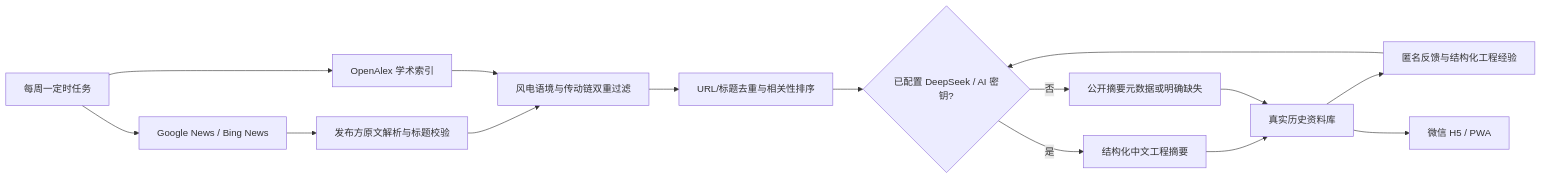
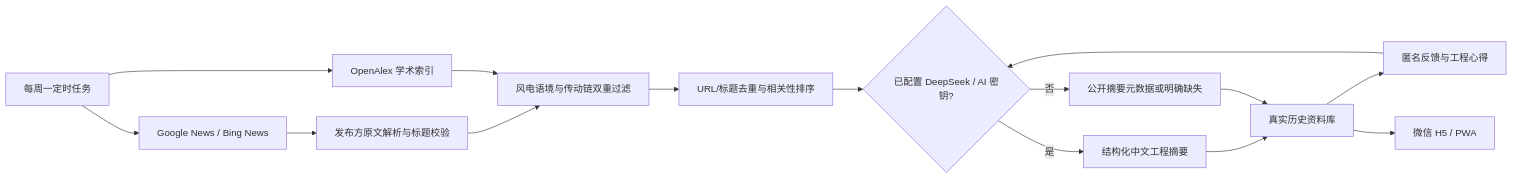
The diagram in README.md (WxF5ve/wind-drivetrain-intelligence), drawn with Mermaid before and after one commit. The commit also changed other lines of this file and 17 other files, not shown here.

````diff
--- a/README.md
+++ b/README.md
@@ -90,17 +91,17 @@
 ```mermaid
 flowchart LR
     A["每周一定时任务"] --> B["Google News / Bing News"]
     A --> C["OpenAlex 学术索引"]
     B --> D["发布方原文解析与标题校验"]
     D --> E["风电语境与传动链双重过滤"]
     C --> E
     E --> F["URL/标题去重与相关性排序"]
     F --> G{"已配置 DeepSeek / AI 密钥?"}
     G -- "是" --> H["结构化中文工程摘要"]
     G -- "否" --> I["公开摘要元数据或明确缺失"]
     H --> J["真实历史资料库"]
     I --> J
-    J --> L["匿名反馈与结构化工程经验"]
+    J --> L["匿名反馈与工程心得"]
     L --> G
     J --> K["微信 H5 / PWA"]
 ```
````
